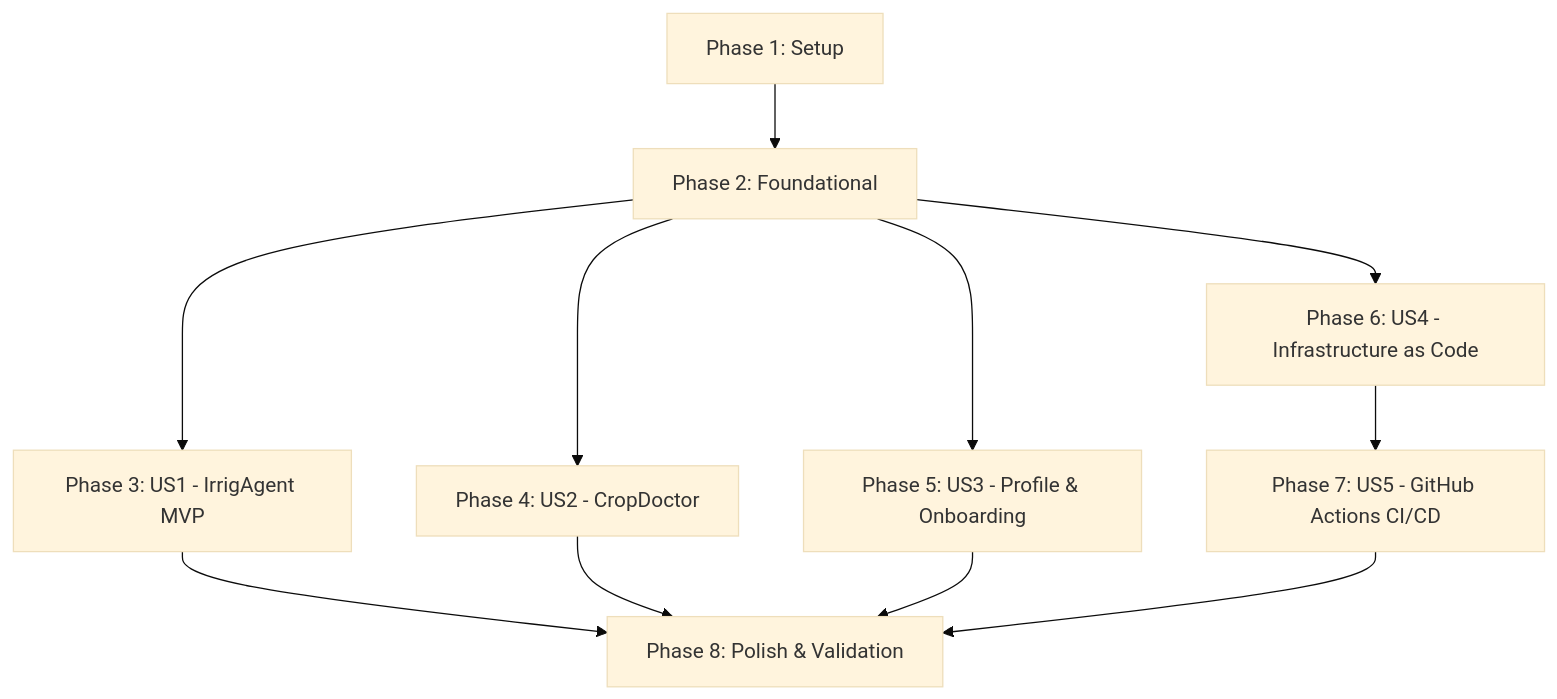
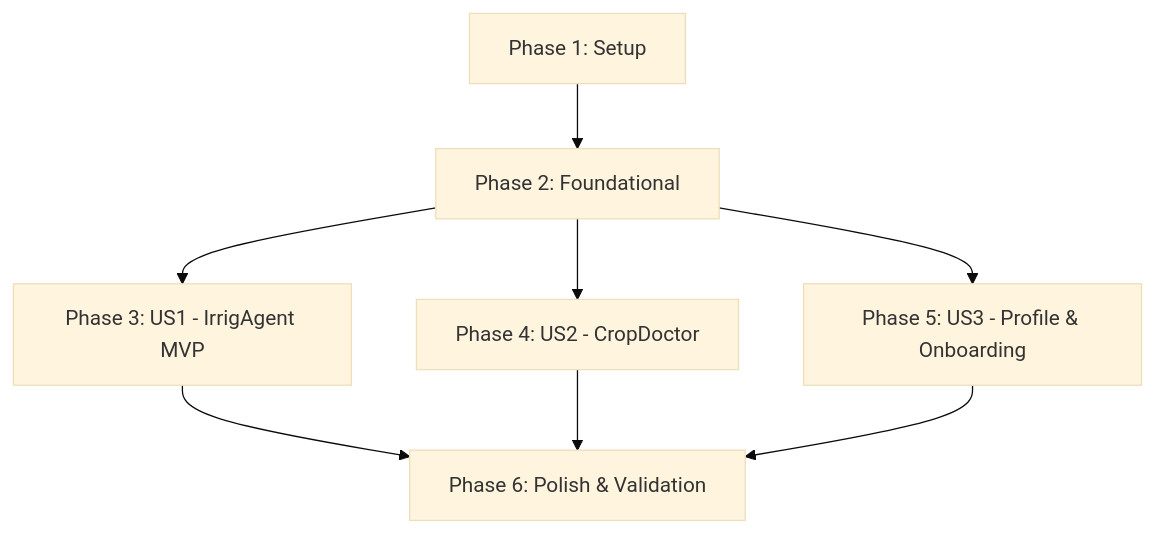
The diagram in specs/001-hassan-irrigation-agent/tasks.md (aroucadi/IrrigAgent), drawn with Mermaid (base theme) before and after one commit. The commit also changed other lines of this file, not shown here.

````diff
--- a/specs/001-hassan-irrigation-agent/tasks.md
+++ b/specs/001-hassan-irrigation-agent/tasks.md
@@ -118,13 +92,10 @@
 ```mermaid
 graph TD
     Phase1[Phase 1: Setup] --> Phase2[Phase 2: Foundational]
     Phase2 --> US1[Phase 3: US1 - IrrigAgent MVP]
     Phase2 --> US2[Phase 4: US2 - CropDoctor]
     Phase2 --> US3[Phase 5: US3 - Profile & Onboarding]
-    Phase2 --> US4[Phase 6: US4 - Infrastructure as Code]
-    US4 --> US5[Phase 7: US5 - GitHub Actions CI/CD]
-    US1 --> Polish[Phase 8: Polish & Validation]
+    US1 --> Polish[Phase 6: Polish & Validation]
     US2 --> Polish
     US3 --> Polish
-    US5 --> Polish
 ```
````
